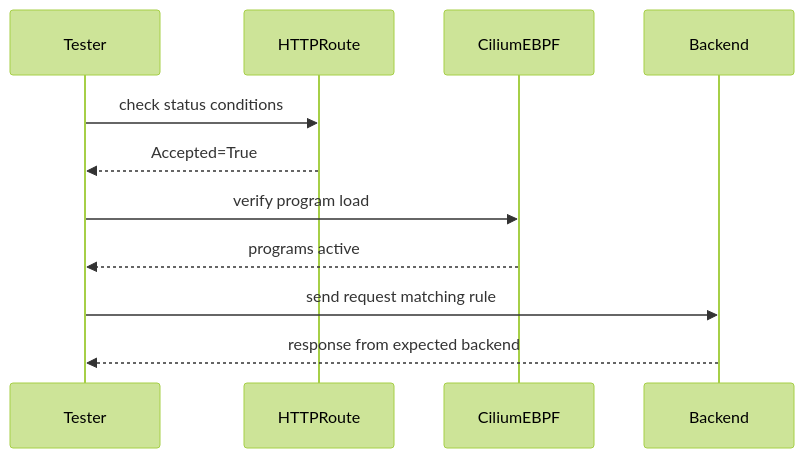
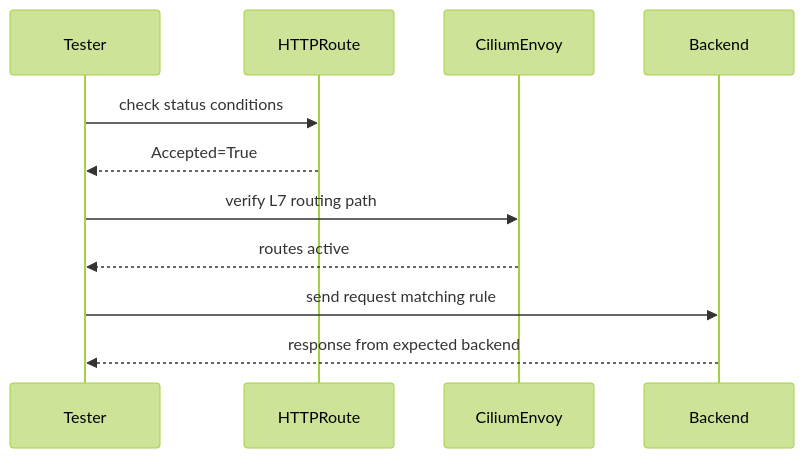
The diagram in posts/2026-03-13-validate-gamma-cilium-gateway-api/README.md (OneUptime/blog), drawn with Mermaid (forest theme) before and after one commit. The commit also changed other lines of this file and 2 other files, not shown here.

Commit message:
validate: 2026-03-13-validate-gamma-cilium-gateway-api

````diff
--- a/posts/2026-03-13-validate-gamma-cilium-gateway-api/README.md
+++ b/posts/2026-03-13-validate-gamma-cilium-gateway-api/README.md
@@ -45,14 +50,14 @@
 ```mermaid
 sequenceDiagram
     participant Tester
     participant HTTPRoute
-    participant CiliumEBPF
+    participant CiliumEnvoy
     participant Backend
 
     Tester->>HTTPRoute: check status conditions
     HTTPRoute-->>Tester: Accepted=True
-    Tester->>CiliumEBPF: verify program load
-    CiliumEBPF-->>Tester: programs active
+    Tester->>CiliumEnvoy: verify L7 routing path
+    CiliumEnvoy-->>Tester: routes active
     Tester->>Backend: send request matching rule
     Backend-->>Tester: response from expected backend
 ```
````
